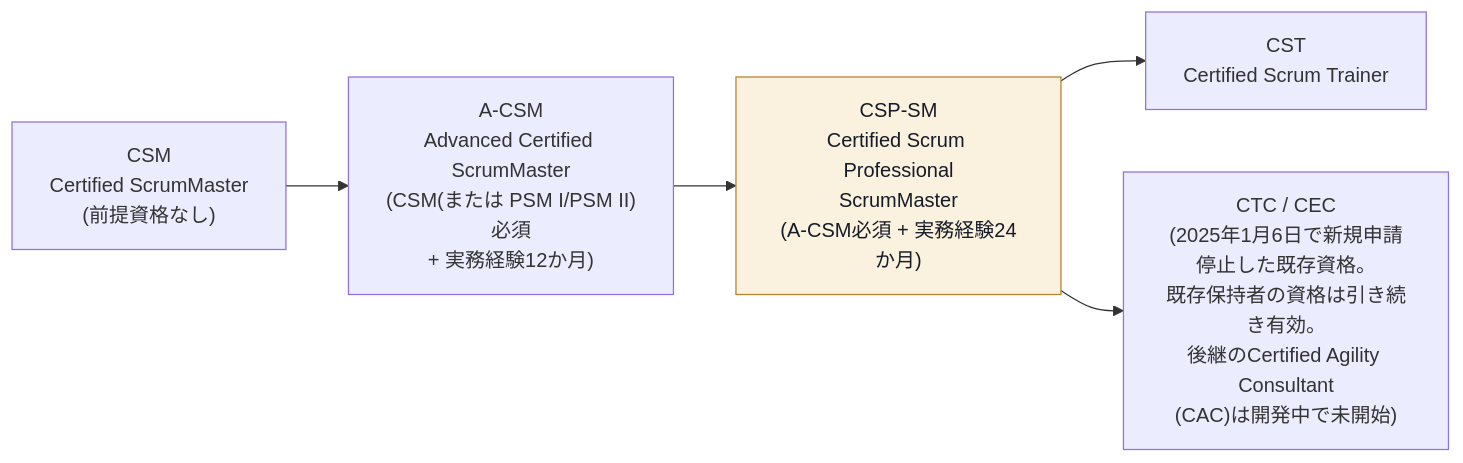
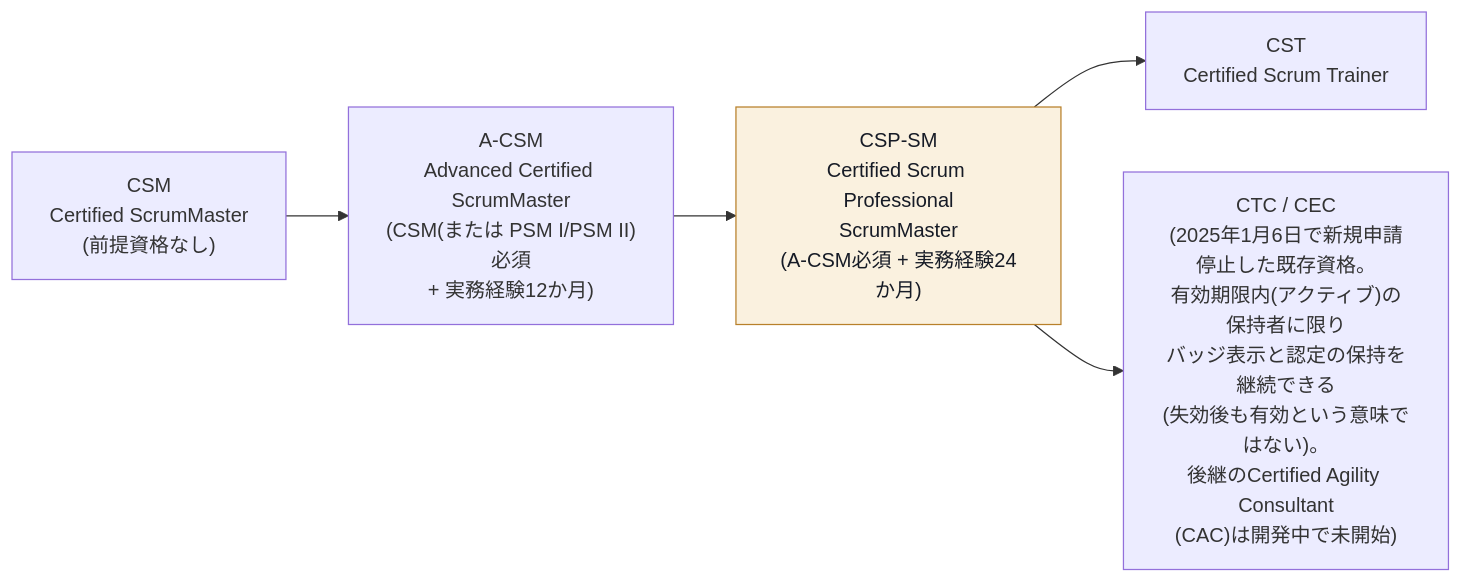
Before and after one commit to myoshi2891/Management-Team-Building-Studies: the first of 15 diagrams in Csp-sm-certified-scrum-professional-scrummaster-study-guide.md, drawn with Mermaid. The commit also changed other lines of this file, not shown here.

Commit message:
docs(csp-sm): CTC/CEC認定の新規申請停止と有効性条件の記述を明確化

````diff
--- a/Csp-sm-certified-scrum-professional-scrummaster-study-guide.md
+++ b/Csp-sm-certified-scrum-professional-scrummaster-study-guide.md
@@ -57,10 +57,10 @@
 ```mermaid
 flowchart LR
     A["CSM<br/>Certified ScrumMaster<br/>(前提資格なし)"] --> B["A-CSM<br/>Advanced Certified ScrumMaster<br/>(CSM(または PSM I/PSM II)必須<br/>+ 実務経験12か月)"]
     B --> C["CSP-SM<br/>Certified Scrum Professional<br/>ScrumMaster<br/>(A-CSM必須 + 実務経験24か月)"]
     C --> D["CST<br/>Certified Scrum Trainer"]
-    C --> E["CTC / CEC<br/>(2025年1月6日で新規申請停止した既存資格。<br/>既存保持者の資格は引き続き有効。<br/>後継のCertified Agility Consultant<br/>(CAC)は開発中で未開始)"]
+    C --> E["CTC / CEC<br/>(2025年1月6日で新規申請停止した既存資格。<br/>有効期限内(アクティブ)の保持者に限り<br/>バッジ表示と認定の保持を継続できる<br/>(失効後も有効という意味ではない)。<br/>後継のCertified Agility Consultant<br/>(CAC)は開発中で未開始)"]
 
     classDef current fill:#FAF1DF,stroke:#B8802A,color:#161B26
     class C current
 ```
````
